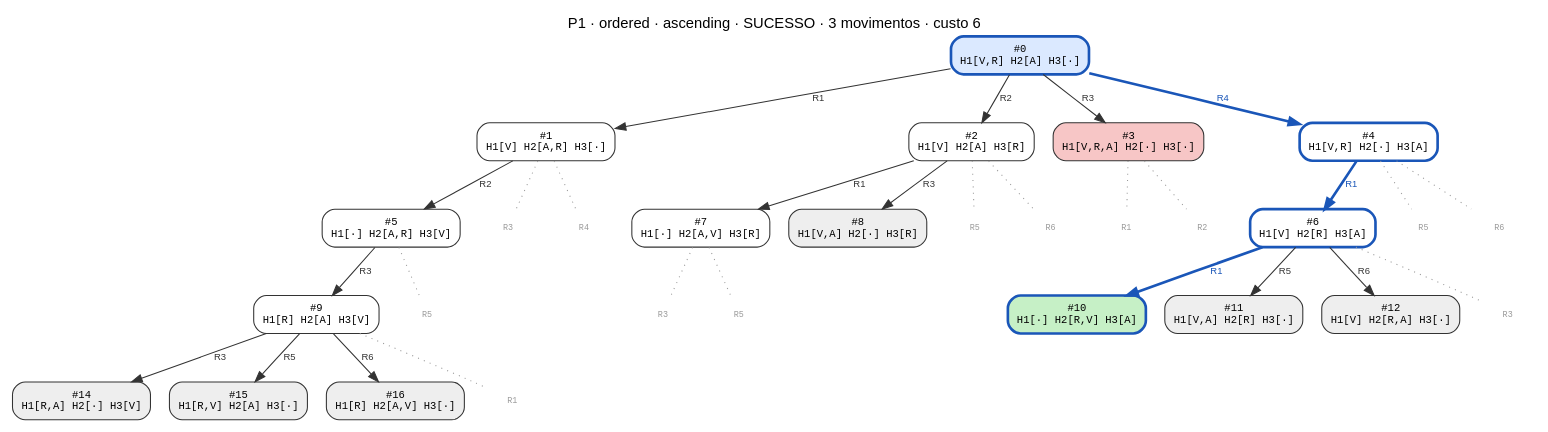
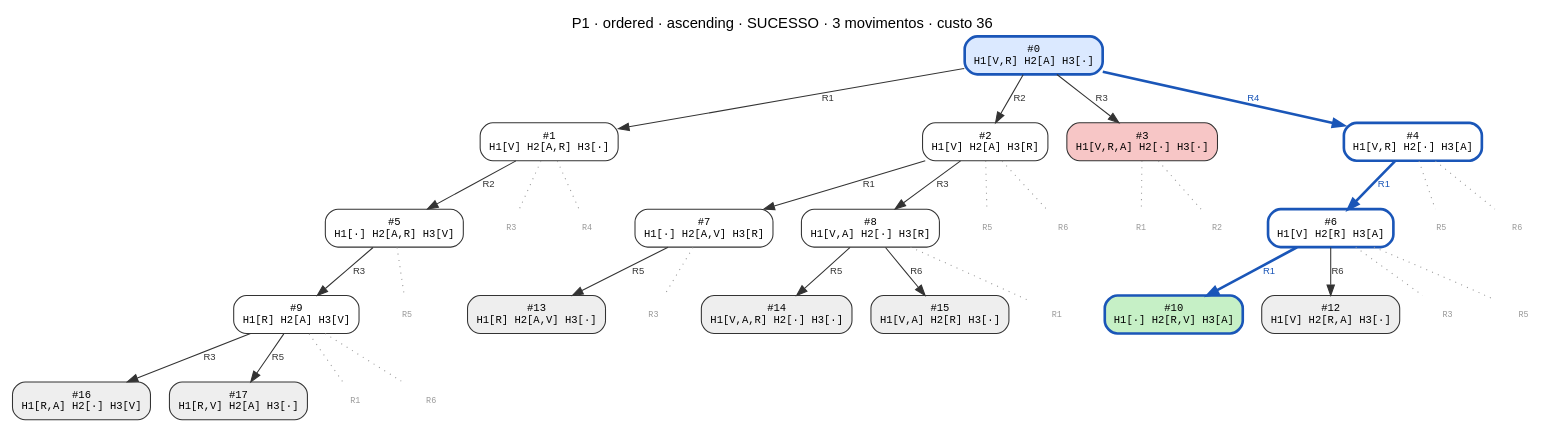
The diagram in data/P1/ordered_ascending.dot (CharlesLB/dcc-014-trabalho-1), drawn with Graphviz before and after one commit. The commit also changed 17 other files, not shown here.

Commit message:
Regenerate the search-tree graphs with the ten-per-move cost

```diff
--- a/data/P1/ordered_ascending.dot
+++ b/data/P1/ordered_ascending.dot
@@ -1,62 +1,68 @@
 digraph search {
-  label="P1 · ordered · ascending · SUCESSO · 3 movimentos · custo 6"; labelloc=t; fontname="Helvetica";
+  label="P1 · ordered · ascending · SUCESSO · 3 movimentos · custo 36"; labelloc=t; fontname="Helvetica";
   node [shape=box, style="rounded,filled", fontname="monospace", fontsize=10];
   edge [fontname="Helvetica", fontsize=9];
   n0 [label="#0\nH1[V,R] H2[A] H3[·]", fillcolor="#dbe9ff", color="#1a56b8", penwidth=2.5];
   n1 [label="#1\nH1[V] H2[A,R] H3[·]", fillcolor="#ffffff", color="#333333", penwidth=1];
   n0 -> n1 [label="R1", color="#333333", fontcolor="#333333", penwidth=1];
   n2 [label="#2\nH1[V] H2[A] H3[R]", fillcolor="#ffffff", color="#333333", penwidth=1];
   n0 -> n2 [label="R2", color="#333333", fontcolor="#333333", penwidth=1];
   n3 [label="#3\nH1[V,R,A] H2[·] H3[·]", fillcolor="#f7c6c6", color="#333333", penwidth=1];
   n0 -> n3 [label="R3", color="#333333", fontcolor="#333333", penwidth=1];
   n4 [label="#4\nH1[V,R] H2[·] H3[A]", fillcolor="#ffffff", color="#1a56b8", penwidth=2.5];
   n0 -> n4 [label="R4", color="#1a56b8", fontcolor="#1a56b8", penwidth=2.5];
   n5 [label="#5\nH1[·] H2[A,R] H3[V]", fillcolor="#ffffff", color="#333333", penwidth=1];
   n1 -> n5 [label="R2", color="#333333", fontcolor="#333333", penwidth=1];
   n6 [label="#6\nH1[V] H2[R] H3[A]", fillcolor="#ffffff", color="#1a56b8", penwidth=2.5];
   n4 -> n6 [label="R1", color="#1a56b8", fontcolor="#1a56b8", penwidth=2.5];
   n7 [label="#7\nH1[·] H2[A,V] H3[R]", fillcolor="#ffffff", color="#333333", penwidth=1];
   n2 -> n7 [label="R1", color="#333333", fontcolor="#333333", penwidth=1];
-  n8 [label="#8\nH1[V,A] H2[·] H3[R]", fillcolor="#eeeeee", color="#333333", penwidth=1];
+  n8 [label="#8\nH1[V,A] H2[·] H3[R]", fillcolor="#ffffff", color="#333333", penwidth=1];
   n2 -> n8 [label="R3", color="#333333", fontcolor="#333333", penwidth=1];
   n9 [label="#9\nH1[R] H2[A] H3[V]", fillcolor="#ffffff", color="#333333", penwidth=1];
   n5 -> n9 [label="R3", color="#333333", fontcolor="#333333", penwidth=1];
   n10 [label="#10\nH1[·] H2[R,V] H3[A]", fillcolor="#c6f0c6", color="#1a56b8", penwidth=2.5];
   n6 -> n10 [label="R1", color="#1a56b8", fontcolor="#1a56b8", penwidth=2.5];
-  n11 [label="#11\nH1[V,A] H2[R] H3[·]", fillcolor="#eeeeee", color="#333333", penwidth=1];
-  n6 -> n11 [label="R5", color="#333333", fontcolor="#333333", penwidth=1];
   n12 [label="#12\nH1[V] H2[R,A] H3[·]", fillcolor="#eeeeee", color="#333333", penwidth=1];
   n6 -> n12 [label="R6", color="#333333", fontcolor="#333333", penwidth=1];
-  n14 [label="#14\nH1[R,A] H2[·] H3[V]", fillcolor="#eeeeee", color="#333333", penwidth=1];
-  n9 -> n14 [label="R3", color="#333333", fontcolor="#333333", penwidth=1];
-  n15 [label="#15\nH1[R,V] H2[A] H3[·]", fillcolor="#eeeeee", color="#333333", penwidth=1];
-  n9 -> n15 [label="R5", color="#333333", fontcolor="#333333", penwidth=1];
-  n16 [label="#16\nH1[R] H2[A,V] H3[·]", fillcolor="#eeeeee", color="#333333", penwidth=1];
-  n9 -> n16 [label="R6", color="#333333", fontcolor="#333333", penwidth=1];
+  n13 [label="#13\nH1[R] H2[A,V] H3[·]", fillcolor="#eeeeee", color="#333333", penwidth=1];
+  n7 -> n13 [label="R5", color="#333333", fontcolor="#333333", penwidth=1];
+  n14 [label="#14\nH1[V,A,R] H2[·] H3[·]", fillcolor="#eeeeee", color="#333333", penwidth=1];
+  n8 -> n14 [label="R5", color="#333333", fontcolor="#333333", penwidth=1];
+  n15 [label="#15\nH1[V,A] H2[R] H3[·]", fillcolor="#eeeeee", color="#333333", penwidth=1];
+  n8 -> n15 [label="R6", color="#333333", fontcolor="#333333", penwidth=1];
+  n16 [label="#16\nH1[R,A] H2[·] H3[V]", fillcolor="#eeeeee", color="#333333", penwidth=1];
+  n9 -> n16 [label="R3", color="#333333", fontcolor="#333333", penwidth=1];
+  n17 [label="#17\nH1[R,V] H2[A] H3[·]", fillcolor="#eeeeee", color="#333333", penwidth=1];
+  n9 -> n17 [label="R5", color="#333333", fontcolor="#333333", penwidth=1];
   p1_R3 [label="R3", shape=plaintext, style=solid, fontcolor="#999999", fontsize=8];
   n1 -> p1_R3 [style=dotted, color="#999999", arrowhead=none];
   p1_R4 [label="R4", shape=plaintext, style=solid, fontcolor="#999999", fontsize=8];
   n1 -> p1_R4 [style=dotted, color="#999999", arrowhead=none];
   p3_R1 [label="R1", shape=plaintext, style=solid, fontcolor="#999999", fontsize=8];
   n3 -> p3_R1 [style=dotted, color="#999999", arrowhead=none];
   p3_R2 [label="R2", shape=plaintext, style=solid, fontcolor="#999999", fontsize=8];
   n3 -> p3_R2 [style=dotted, color="#999999", arrowhead=none];
   p4_R5 [label="R5", shape=plaintext, style=solid, fontcolor="#999999", fontsize=8];
   n4 -> p4_R5 [style=dotted, color="#999999", arrowhead=none];
   p4_R6 [label="R6", shape=plaintext, style=solid, fontcolor="#999999", fontsize=8];
   n4 -> p4_R6 [style=dotted, color="#999999", arrowhead=none];
   p2_R5 [label="R5", shape=plaintext, style=solid, fontcolor="#999999", fontsize=8];
   n2 -> p2_R5 [style=dotted, color="#999999", arrowhead=none];
   p2_R6 [label="R6", shape=plaintext, style=solid, fontcolor="#999999", fontsize=8];
   n2 -> p2_R6 [style=dotted, color="#999999", arrowhead=none];
   p5_R5 [label="R5", shape=plaintext, style=solid, fontcolor="#999999", fontsize=8];
   n5 -> p5_R5 [style=dotted, color="#999999", arrowhead=none];
   p6_R3 [label="R3", shape=plaintext, style=solid, fontcolor="#999999", fontsize=8];
   n6 -> p6_R3 [style=dotted, color="#999999", arrowhead=none];
   p7_R3 [label="R3", shape=plaintext, style=solid, fontcolor="#999999", fontsize=8];
   n7 -> p7_R3 [style=dotted, color="#999999", arrowhead=none];
+  p8_R1 [label="R1", shape=plaintext, style=solid, fontcolor="#999999", fontsize=8];
+  n8 -> p8_R1 [style=dotted, color="#999999", arrowhead=none];
+  p6_R5 [label="R5", shape=plaintext, style=solid, fontcolor="#999999", fontsize=8];
+  n6 -> p6_R5 [style=dotted, color="#999999", arrowhead=none];
   p9_R1 [label="R1", shape=plaintext, style=solid, fontcolor="#999999", fontsize=8];
   n9 -> p9_R1 [style=dotted, color="#999999", arrowhead=none];
-  p7_R5 [label="R5", shape=plaintext, style=solid, fontcolor="#999999", fontsize=8];
-  n7 -> p7_R5 [style=dotted, color="#999999", arrowhead=none];
+  p9_R6 [label="R6", shape=plaintext, style=solid, fontcolor="#999999", fontsize=8];
+  n9 -> p9_R6 [style=dotted, color="#999999", arrowhead=none];
 }
```
